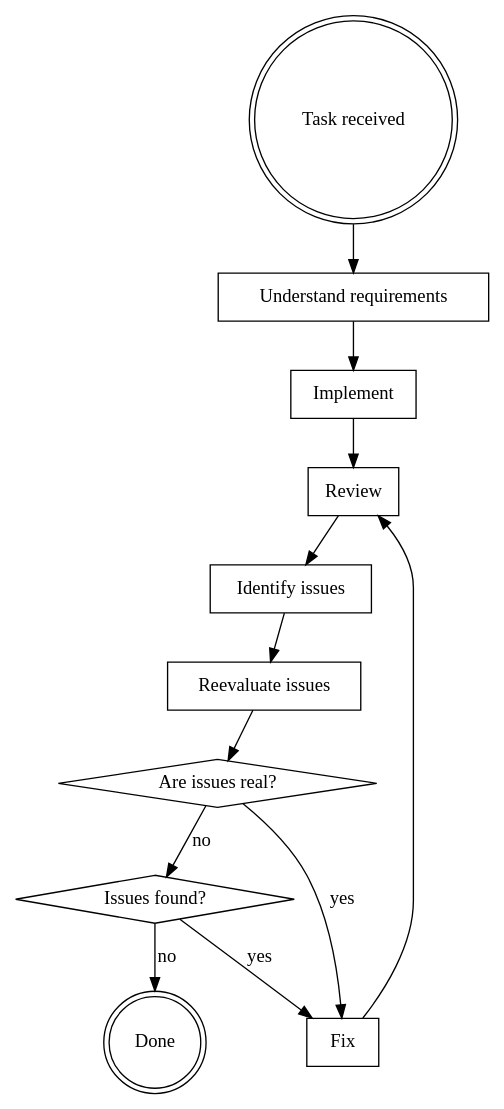
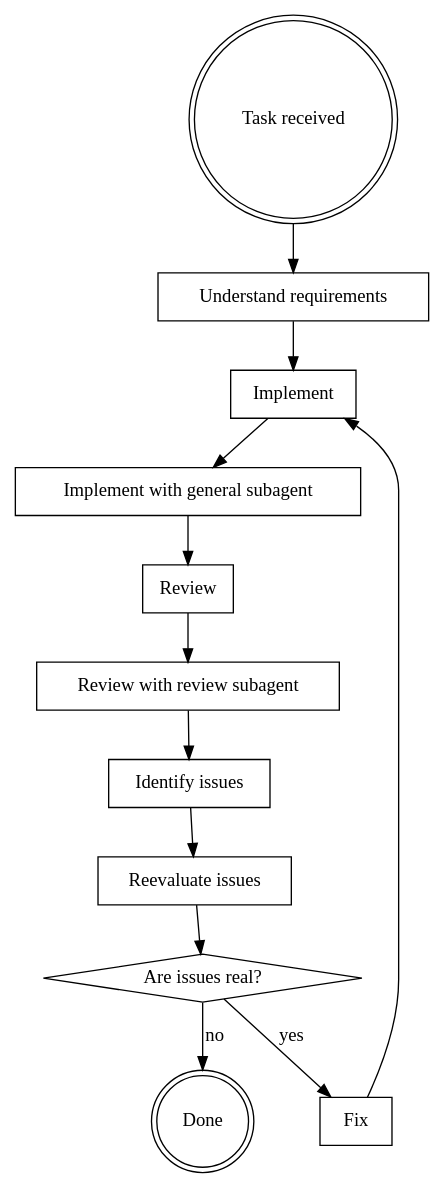
The second of 2 diagrams in .config/opencode/agent/orhestrator.md (geril07/dotfiles), drawn with Graphviz before and after one commit. The commit also changed other lines of this file and 2 other files, not shown here.

````diff
--- a/.config/opencode/agent/orhestrator.md
+++ b/.config/opencode/agent/orhestrator.md
@@ -63,32 +68,34 @@
 ```dot
 digraph implement_fix_flow {
     "Task received" [shape=doublecircle];
     "Understand requirements" [shape=box];
+
     "Implement" [shape=box];
+    "Implement with general subagent" [shape=box];
 
     "Review" [shape=box];
+    "Review with review subagent" [shape=box];
     "Identify issues" [shape=box];
     "Reevaluate issues" [shape=box];
     "Are issues real?" [shape=diamond];
-    "Issues found?" [shape=diamond];
 
     "Fix" [shape=box];
     "Done" [shape=doublecircle];
 
     "Task received" -> "Understand requirements";
     "Understand requirements" -> "Implement";
-    "Implement" -> "Review";
 
-    "Review" -> "Identify issues";
+    "Implement" -> "Implement with general subagent";
+    "Implement with general subagent" -> "Review";
+
+    "Review" -> "Review with review subagent";
+    "Review with review subagent" -> "Identify issues";
     "Identify issues" -> "Reevaluate issues";
     "Reevaluate issues" -> "Are issues real?";
 
     "Are issues real?" -> "Fix" [label="yes"];
-    "Are issues real?" -> "Issues found?" [label="no"];
+    "Are issues real?" -> "Done" [label="no"];
 
-    "Fix" -> "Review";
-
-    "Issues found?" -> "Done" [label="no"];
-    "Issues found?" -> "Fix" [label="yes"];
+    "Fix" -> "Implement";
 }
 ```
````
